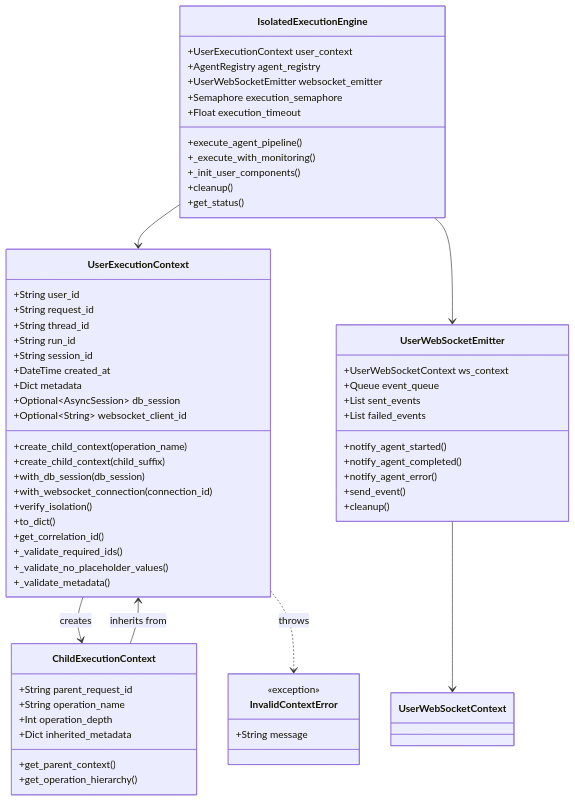
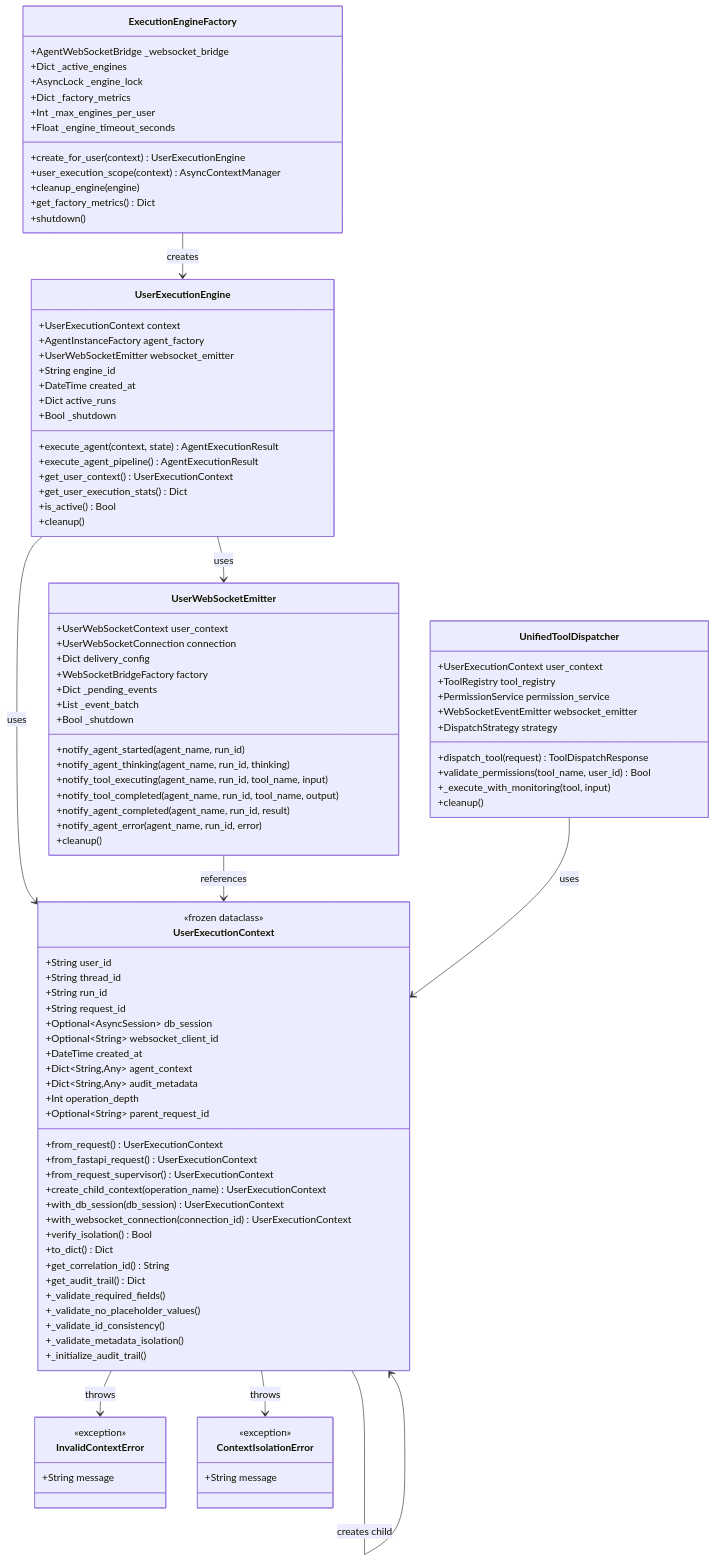
The third of 13 diagrams in reports/archived/USER_CONTEXT_ARCHITECTURE.md (netra-systems/zen), drawn with Mermaid before and after one commit. The commit also changed other lines of this file and 107 other files, not shown here.

First line of the commit message:
fix: resolve WebSocket health monitoring conflict blocking GCP deployment

````diff
--- a/reports/archived/USER_CONTEXT_ARCHITECTURE.md
+++ b/reports/archived/USER_CONTEXT_ARCHITECTURE.md
@@ -120,36 +167,97 @@
 ```mermaid
 classDiagram
     class UserExecutionContext {
+        <<frozen dataclass>>
         +String user_id
-        +String request_id  
         +String thread_id
-        +String run_id
-        +String session_id
-        +DateTime created_at
-        +Dict metadata
+        +String run_id  
+        +String request_id
         +Optional~AsyncSession~ db_session
         +Optional~String~ websocket_client_id
+        +DateTime created_at
+        +Dict~String,Any~ agent_context
+        +Dict~String,Any~ audit_metadata
+        +Int operation_depth
+        +Optional~String~ parent_request_id
         
-        +create_child_context(operation_name)
-        +create_child_context(child_suffix)
-        +with_db_session(db_session)
-        +with_websocket_connection(connection_id)
-        +verify_isolation()
-        +to_dict()
-        +get_correlation_id()
-        +_validate_required_ids()
+        +from_request() UserExecutionContext
+        +from_fastapi_request() UserExecutionContext
+        +from_request_supervisor() UserExecutionContext
+        +create_child_context(operation_name) UserExecutionContext
+        +with_db_session(db_session) UserExecutionContext
+        +with_websocket_connection(connection_id) UserExecutionContext
+        +verify_isolation() Bool
+        +to_dict() Dict
+        +get_correlation_id() String
+        +get_audit_trail() Dict
+        +_validate_required_fields()
         +_validate_no_placeholder_values()
-        +_validate_metadata()
+        +_validate_id_consistency()
+        +_validate_metadata_isolation()
+        +_initialize_audit_trail()
     }
     
-    class ChildExecutionContext {
-        +String parent_request_id
-        +String operation_name
-        +Int operation_depth
-        +Dict inherited_metadata
+    class UserExecutionEngine {
+        +UserExecutionContext context
+        +AgentInstanceFactory agent_factory
+        +UserWebSocketEmitter websocket_emitter
+        +String engine_id
+        +DateTime created_at
+        +Dict active_runs
+        +Bool _shutdown
         
-        +get_parent_context()
-        +get_operation_hierarchy()
+        +execute_agent(context, state) AgentExecutionResult
+        +execute_agent_pipeline() AgentExecutionResult
+        +get_user_context() UserExecutionContext
+        +get_user_execution_stats() Dict
+        +is_active() Bool
+        +cleanup()
+    }
+    
+    class ExecutionEngineFactory {
+        +AgentWebSocketBridge _websocket_bridge
+        +Dict _active_engines
+        +AsyncLock _engine_lock
+        +Dict _factory_metrics
+        +Int _max_engines_per_user
+        +Float _engine_timeout_seconds
+        
+        +create_for_user(context) UserExecutionEngine
+        +user_execution_scope(context) AsyncContextManager
+        +cleanup_engine(engine)
+        +get_factory_metrics() Dict
+        +shutdown()
+    }
+    
+    class UserWebSocketEmitter {
+        +UserWebSocketContext user_context
+        +UserWebSocketConnection connection
+        +Dict delivery_config
+        +WebSocketBridgeFactory factory
+        +Dict _pending_events
+        +List _event_batch
+        +Bool _shutdown
+        
+        +notify_agent_started(agent_name, run_id)
+        +notify_agent_thinking(agent_name, run_id, thinking)
+        +notify_tool_executing(agent_name, run_id, tool_name, input)
+        +notify_tool_completed(agent_name, run_id, tool_name, output)
+        +notify_agent_completed(agent_name, run_id, result)
+        +notify_agent_error(agent_name, run_id, error)
+        +cleanup()
+    }
+    
+    class UnifiedToolDispatcher {
+        +UserExecutionContext user_context
+        +ToolRegistry tool_registry
+        +PermissionService permission_service
+        +WebSocketEventEmitter websocket_emitter
+        +DispatchStrategy strategy
+        
+        +dispatch_tool(request) ToolDispatchResponse
+        +validate_permissions(tool_name, user_id) Bool
+        +_execute_with_monitoring(tool, input)
+        +cleanup()
     }
     
     class InvalidContextError {
@@ -157,37 +265,20 @@
         +String message
     }
     
-    class IsolatedExecutionEngine {
-        +UserExecutionContext user_context
-        +AgentRegistry agent_registry
-        +UserWebSocketEmitter websocket_emitter
-        +Semaphore execution_semaphore
-        +Float execution_timeout
-        
-        +execute_agent_pipeline()
-        +_execute_with_monitoring()
-        +_init_user_components()
-        +cleanup()
-        +get_status()
+    class ContextIsolationError {
+        <<exception>>
+        +String message
     }
     
-    class UserWebSocketEmitter {
-        +UserWebSocketContext ws_context
-        +Queue event_queue
-        +List sent_events
-        +List failed_events
-        
-        +notify_agent_started()
-        +notify_agent_completed()
-        +notify_agent_error()
-        +send_event()
-        +cleanup()
-    }
+    UserExecutionContext --> InvalidContextError : throws
+    UserExecutionContext --> ContextIsolationError : throws
     
-    UserExecutionContext --> ChildExecutionContext : creates
-    UserExecutionContext ..> InvalidContextError : throws
-    ChildExecutionContext --> UserExecutionContext : inherits from
-    IsolatedExecutionEngine --> UserExecutionContext
-    IsolatedExecutionEngine --> UserWebSocketEmitter
-    UserWebSocketEmitter --> UserWebSocketContext
+    ExecutionEngineFactory --> UserExecutionEngine : creates
+    UserExecutionEngine --> UserExecutionContext : uses
+    UserExecutionEngine --> UserWebSocketEmitter : uses
+    
+    UserWebSocketEmitter --> UserExecutionContext : references
+    UnifiedToolDispatcher --> UserExecutionContext : uses
+    
+    UserExecutionContext --> UserExecutionContext : creates child
 ```
````
